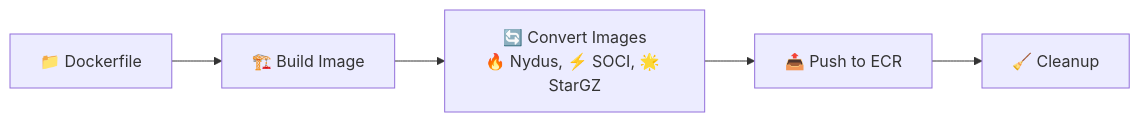
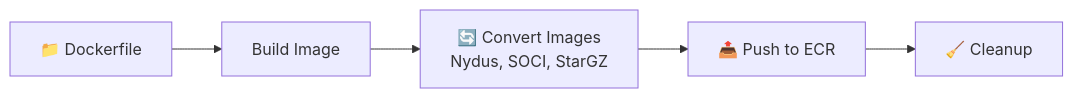
Before and after one commit to tensorfuse/fastpull: the diagram in README.md, drawn with Mermaid. The commit also changed other lines of this file and 2 other files, not shown here.

````diff
--- a/README.md
+++ b/README.md
@@ -181,7 +298,7 @@
 ```mermaid
 graph LR
-    A[📁 Dockerfile] --> B[🏗️ Build Image]
-    B --> C[🔄 Convert Images<br/>🔥 Nydus, ⚡ SOCI, 🌟 StarGZ]
+    A[📁 Dockerfile] --> B[ Build Image]
+    B --> C[🔄 Convert Images<br/> Nydus, SOCI, StarGZ]
     C --> D[📤 Push to ECR]
     D --> E[🧹 Cleanup]
 ```
````
